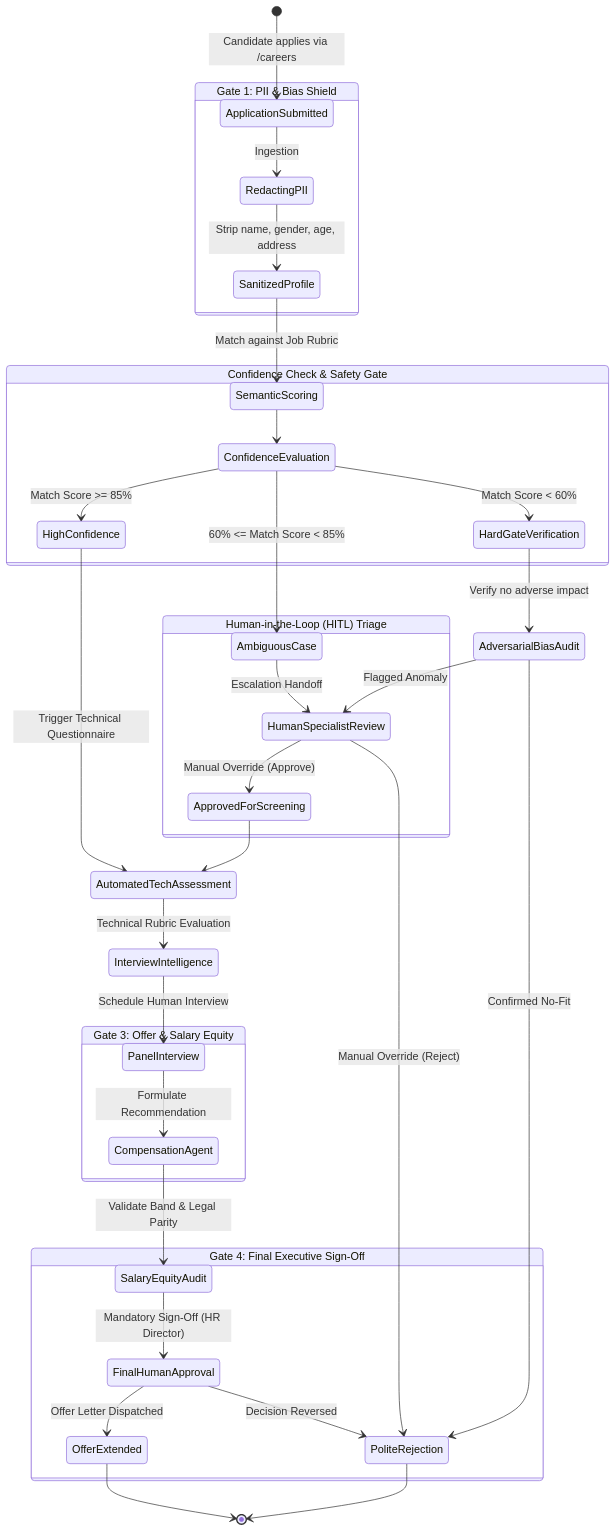
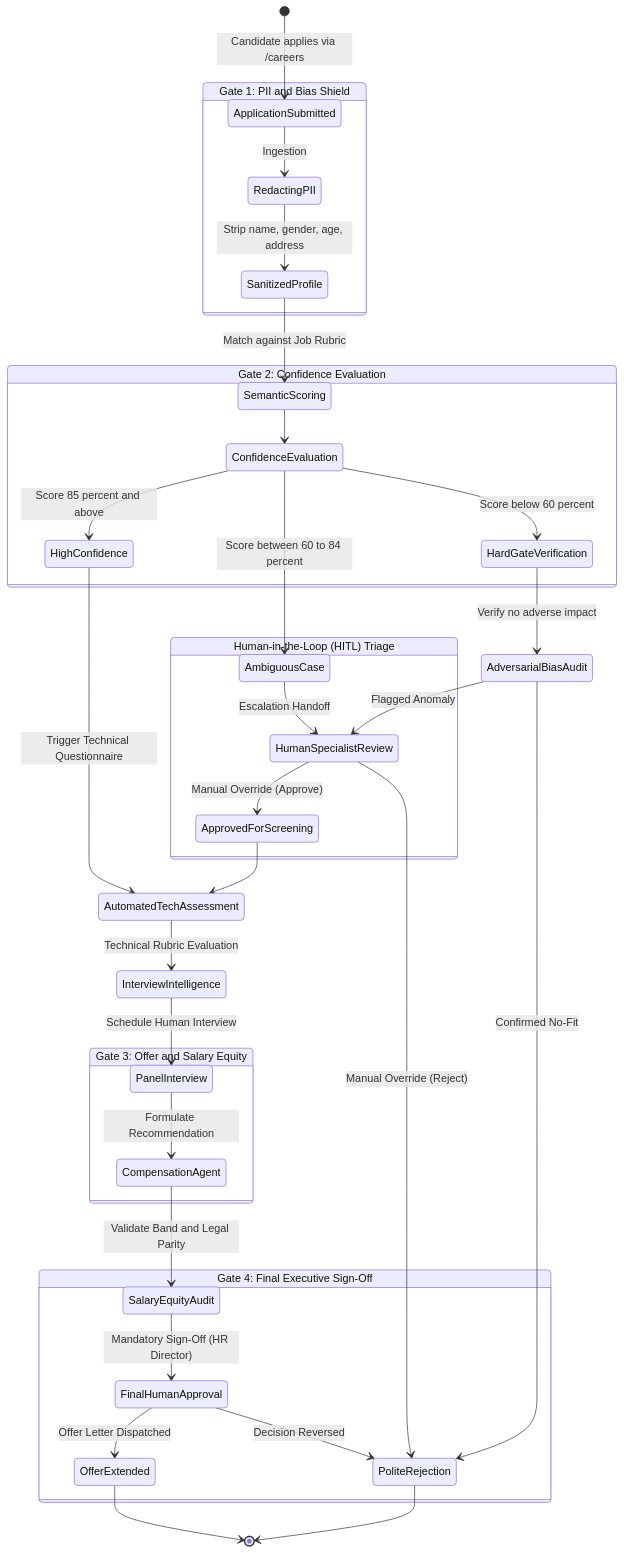
One commit to AreebAbdulGhani76/HR_Portal changed the first of 2 diagrams in README.md. Above: the diagram before and after it, drawn with Mermaid. The commit also changed other lines of this file and 16 other files, not shown here.

````diff
--- a/README.md
+++ b/README.md
@@ -35,48 +35,48 @@
 ```mermaid
 stateDiagram-v2
     [*] --> ApplicationSubmitted: Candidate applies via /careers
 
-    state "Gate 1: PII & Bias Shield" as Gate1 {
+    state "Gate 1: PII and Bias Shield" as Gate1 {
         ApplicationSubmitted --> RedactingPII: Ingestion
         RedactingPII --> SanitizedProfile: Strip name, gender, age, address
     }
 
     SanitizedProfile --> SemanticScoring: Match against Job Rubric
 
-    state "Confidence Check & Safety Gate" as Gate2 {
+    state "Gate 2: Confidence Evaluation" as Gate2 {
         SemanticScoring --> ConfidenceEvaluation
-        ConfidenceEvaluation --> HighConfidence: Match Score >= 85%
-        ConfidenceEvaluation --> AmbiguousCase: 60% <= Match Score < 85%
-        ConfidenceEvaluation --> HardGateVerification: Match Score < 60%
+        ConfidenceEvaluation --> HighConfidence: Score 85 percent and above
+        ConfidenceEvaluation --> AmbiguousCase: Score between 60 to 84 percent
+        ConfidenceEvaluation --> HardGateVerification: Score below 60 percent
     }
 
     state "Human-in-the-Loop (HITL) Triage" as HITL_Triage {
         AmbiguousCase --> HumanSpecialistReview: Escalation Handoff
         HumanSpecialistReview --> ApprovedForScreening: Manual Override (Approve)
         HumanSpecialistReview --> PoliteRejection: Manual Override (Reject)
     }
 
     HardGateVerification --> AdversarialBiasAudit: Verify no adverse impact
     AdversarialBiasAudit --> PoliteRejection: Confirmed No-Fit
     AdversarialBiasAudit --> HumanSpecialistReview: Flagged Anomaly
 
     HighConfidence --> AutomatedTechAssessment: Trigger Technical Questionnaire
     ApprovedForScreening --> AutomatedTechAssessment
 
     AutomatedTechAssessment --> InterviewIntelligence: Technical Rubric Evaluation
     InterviewIntelligence --> PanelInterview: Schedule Human Interview
 
-    state "Gate 3: Offer & Salary Equity" as Gate3 {
+    state "Gate 3: Offer and Salary Equity" as Gate3 {
         PanelInterview --> CompensationAgent: Formulate Recommendation
-        CompensationAgent --> SalaryEquityAudit: Validate Band & Legal Parity
+        CompensationAgent --> SalaryEquityAudit: Validate Band and Legal Parity
     }
 
     state "Gate 4: Final Executive Sign-Off" as Gate4 {
         SalaryEquityAudit --> FinalHumanApproval: Mandatory Sign-Off (HR Director)
         FinalHumanApproval --> OfferExtended: Offer Letter Dispatched
         FinalHumanApproval --> PoliteRejection: Decision Reversed
     }
 
     OfferExtended --> [*]
     PoliteRejection --> [*]
 ```
````
